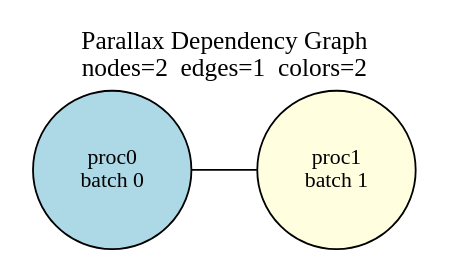
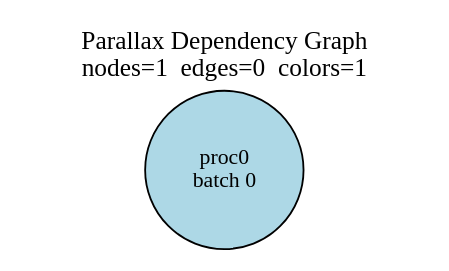
Before and after one commit to KathpaliaChirag/Parallax---A-Parallel-VHDL-Simulator: the diagram in dependency.dot, drawn with Graphviz. The commit also changed 11 other files, not shown here.

```diff
--- a/dependency.dot
+++ b/dependency.dot
@@ -1,10 +1,8 @@
 graph dependency {
     rankdir=LR;
-    label="Parallax Dependency Graph\nnodes=2  edges=1  colors=2";
+    label="Parallax Dependency Graph\nnodes=1  edges=0  colors=1";
     labelloc=t;
     fontsize=14;
     node [shape=circle, style=filled, fontsize=12];
     proc0 [label="proc0\nbatch 0", fillcolor=lightblue];
-    proc1 [label="proc1\nbatch 1", fillcolor=lightyellow];
-    proc0 -- proc1;
 }
```
